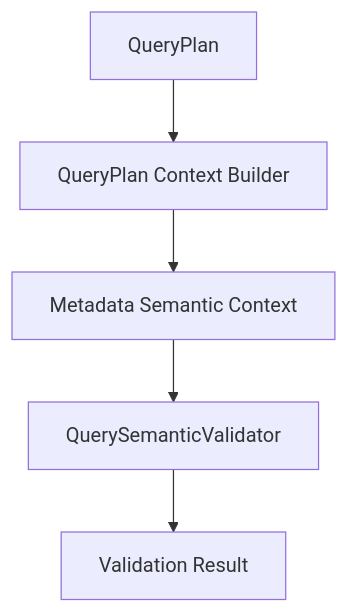
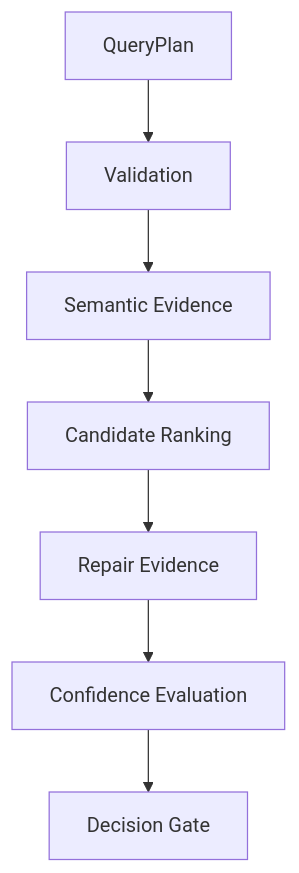
Before and after one commit to wenzhong0606-dev/SuperBuilder_AI: the sixth of 11 diagrams in SuperBulider_AI/wwwroot/Doc/SuperBuilder AI Native BI Phase开发计划.md, drawn with Mermaid. The commit also changed other lines of this file, not shown here.

````diff
--- a/SuperBulider_AI/wwwroot/Doc/SuperBuilder AI Native BI Phase开发计划.md
+++ b/SuperBulider_AI/wwwroot/Doc/SuperBuilder AI Native BI Phase开发计划.md
@@ -1090,28 +1449,29 @@
 ```mermaid
 flowchart TD
 
-
 A[QueryPlan]
-
 
 -->
 
-B[QueryPlan Context Builder]
-
+B[Validation]
 
 -->
 
-C[Metadata Semantic Context]
-
+C[Semantic Evidence]
 
 -->
 
-D[QuerySemanticValidator]
-
+D[Candidate Ranking]
 
 -->
 
-E[Validation Result]
+E[Repair Evidence]
 
+-->
 
+F[Confidence Evaluation]
+
+-->
+
+G[Decision Gate]
 ```
````
